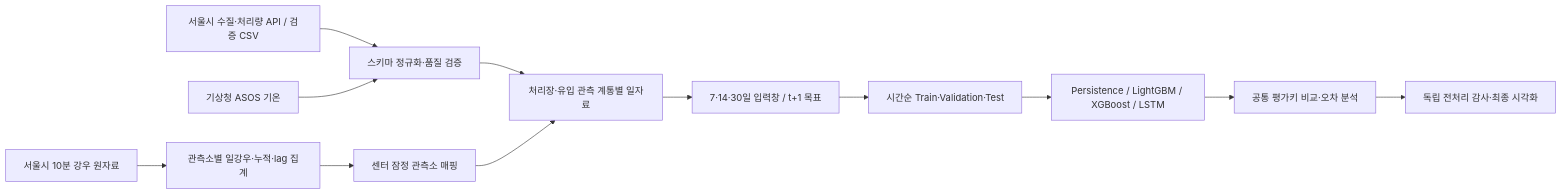
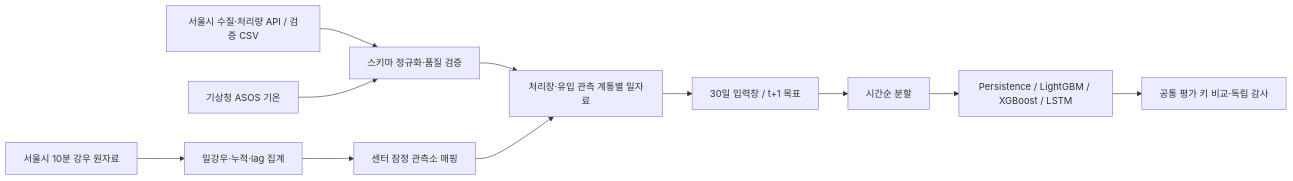
The diagram in README.md (galaxybuddy98/seoul-wastewater-ai-forecast), drawn with Mermaid before and after one commit. The commit also changed other lines of this file and 3 other files, not shown here.

````diff
--- a/README.md
+++ b/README.md
@@ -32,14 +26,13 @@
 ```mermaid
 flowchart LR
     A[서울시 수질·처리량 API / 검증 CSV] --> D[스키마 정규화·품질 검증]
     B[기상청 ASOS 기온] --> D
-    C[서울시 10분 강우 원자료] --> E[관측소별 일강우·누적·lag 집계]
+    C[서울시 10분 강우 원자료] --> E[일강우·누적·lag 집계]
     E --> F[센터 잠정 관측소 매핑]
     D --> G[처리장·유입 관측 계통별 일자료]
     F --> G
-    G --> H[7·14·30일 입력창 / t+1 목표]
-    H --> I[시간순 Train·Validation·Test]
+    G --> H[30일 입력창 / t+1 목표]
+    H --> I[시간순 분할]
     I --> J[Persistence / LightGBM / XGBoost / LSTM]
-    J --> K[공통 평가키 비교·오차 분석]
-    K --> L[독립 전처리 감사·최종 시각화]
+    J --> K[공통 평가 키 비교·독립 감사]
 ```
````
